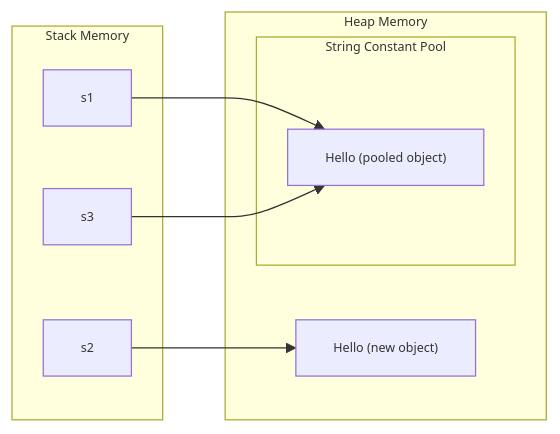
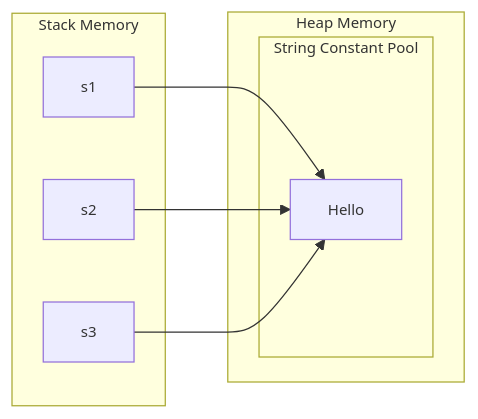
Before and after one commit to sramakrishnaa/java-fullstack-notes: the first of 4 diagrams in docs/Java/strings/basics.md, drawn with Mermaid. The commit also changed other lines of this file and 1 other file, not shown here.

````diff
--- a/docs/Java/strings/basics.md
+++ b/docs/Java/strings/basics.md
@@ -70,24 +113,21 @@
 ```mermaid
-%%{init: {'themeVariables': { 'fontSize': '10px' }} }%%
+%%{init: {'themeVariables': { 'fontSize': '12px' }} }%%
 
 flowchart LR
 
     subgraph Stack Memory
-        S1[s1]
-        S2[s2]
-        S3[s3]
+        s1["s1"]
+        s2["s2"]
+        s3["s3"]
     end
 
     subgraph Heap Memory
         subgraph String Constant Pool
-            P["Hello (pooled object)"]
+            H["Hello"]
         end
-
-        H["Hello (new object)"]
     end
 
-    S1 --> P
-    S2 --> H
-    S3 --> P
-
+    s1 --> H
+    s2 --> H
+    s3 --> H
 ```
````
